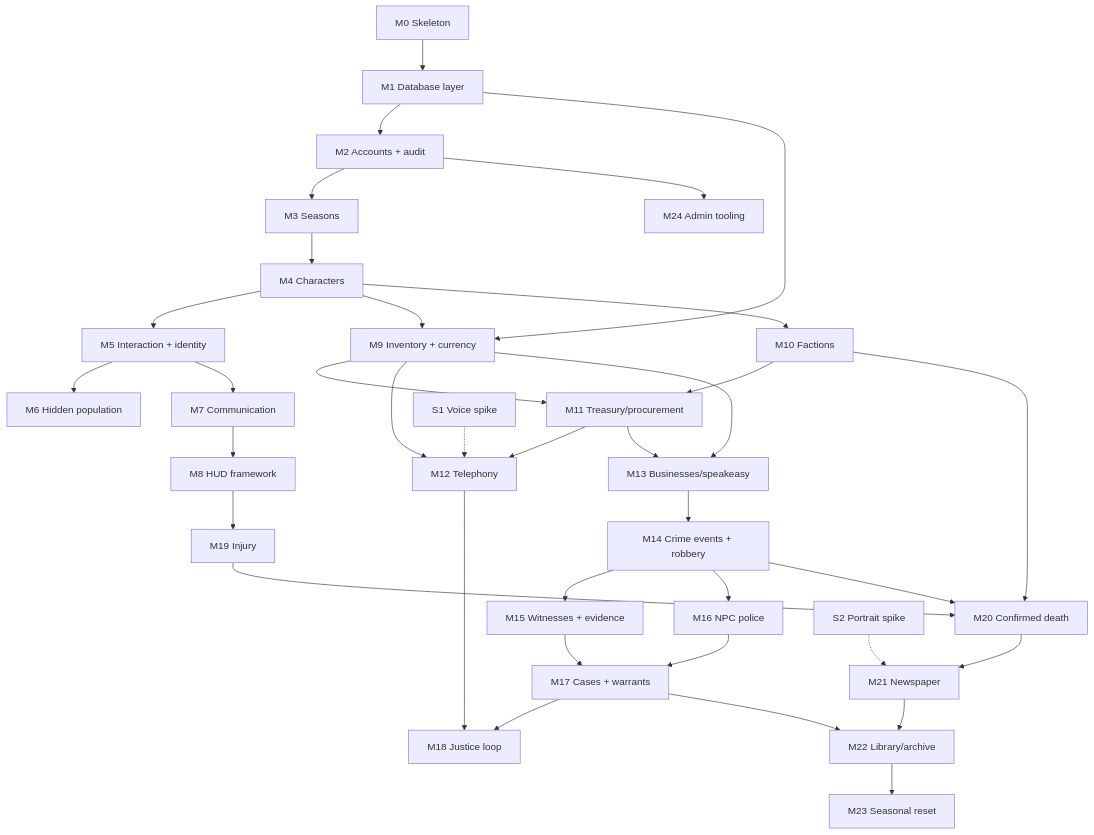
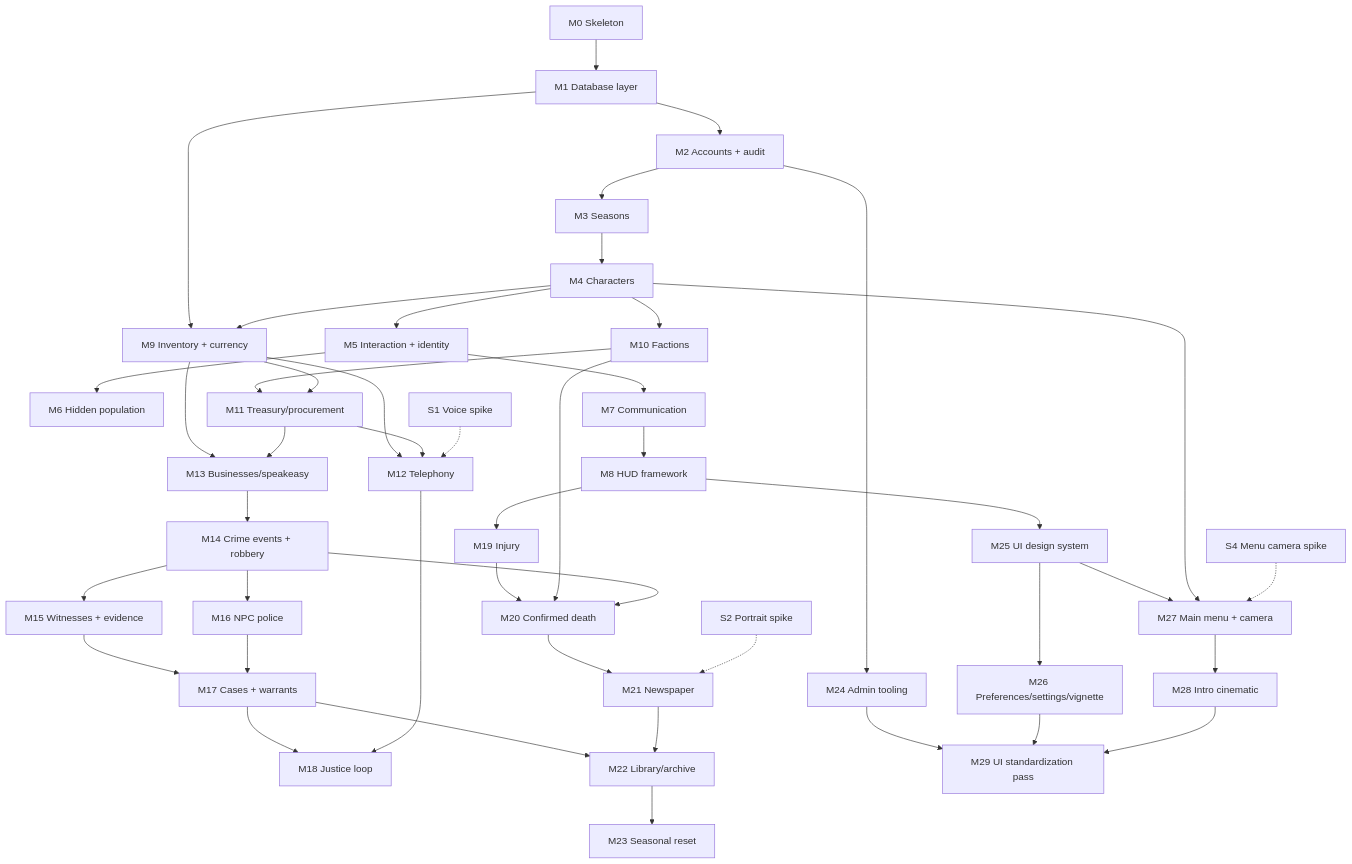
The diagram in docs/review/02_development_roadmap.md (mainstaymist/omertarp), drawn with Mermaid before and after one commit. The commit also changed other lines of this file and 5 other files, not shown here.

First line of the commit message:
Roadmap: add Track E (presentation), and D-034 movement speeds

````diff
--- a/docs/review/02_development_roadmap.md
+++ b/docs/review/02_development_roadmap.md
@@ -137,28 +207,36 @@
 ```mermaid
 graph TD
     M0[M0 Skeleton] --> M1[M1 Database layer]
     M1 --> M2[M2 Accounts + audit] --> M3[M3 Seasons] --> M4[M4 Characters]
     M4 --> M5[M5 Interaction + identity] --> M6[M6 Hidden population]
     M5 --> M7[M7 Communication] --> M8[M8 HUD framework]
     M1 --> M9[M9 Inventory + currency]
     M4 --> M9
     M4 --> M10[M10 Factions] --> M11[M11 Treasury/procurement]
     M9 --> M11
     M9 --> M12[M12 Telephony]
     M11 --> M12
     S1[S1 Voice spike] -.-> M12
     M9 --> M13[M13 Businesses/speakeasy]
     M11 --> M13
     M13 --> M14[M14 Crime events + robbery] --> M15[M15 Witnesses + evidence] --> M17[M17 Cases + warrants]
     M14 --> M16[M16 NPC police] --> M17
     M17 --> M18[M18 Justice loop]
     M12 --> M18
     M8 --> M19[M19 Injury] --> M20[M20 Confirmed death]
     M10 --> M20
     M14 --> M20
     M20 --> M21[M21 Newspaper]
     S2[S2 Portrait spike] -.-> M21
     M17 --> M22[M22 Library/archive]
     M21 --> M22 --> M23[M23 Seasonal reset]
     M2 --> M24[M24 Admin tooling]
+    M8 --> M25[M25 UI design system] --> M26[M26 Preferences/settings/vignette]
+    M25 --> M27[M27 Main menu + camera]
+    M4 --> M27
+    S4[S4 Menu camera spike] -.-> M27
+    M27 --> M28[M28 Intro cinematic]
+    M24 --> M29[M29 UI standardization pass]
+    M26 --> M29
+    M28 --> M29
 ```
````
